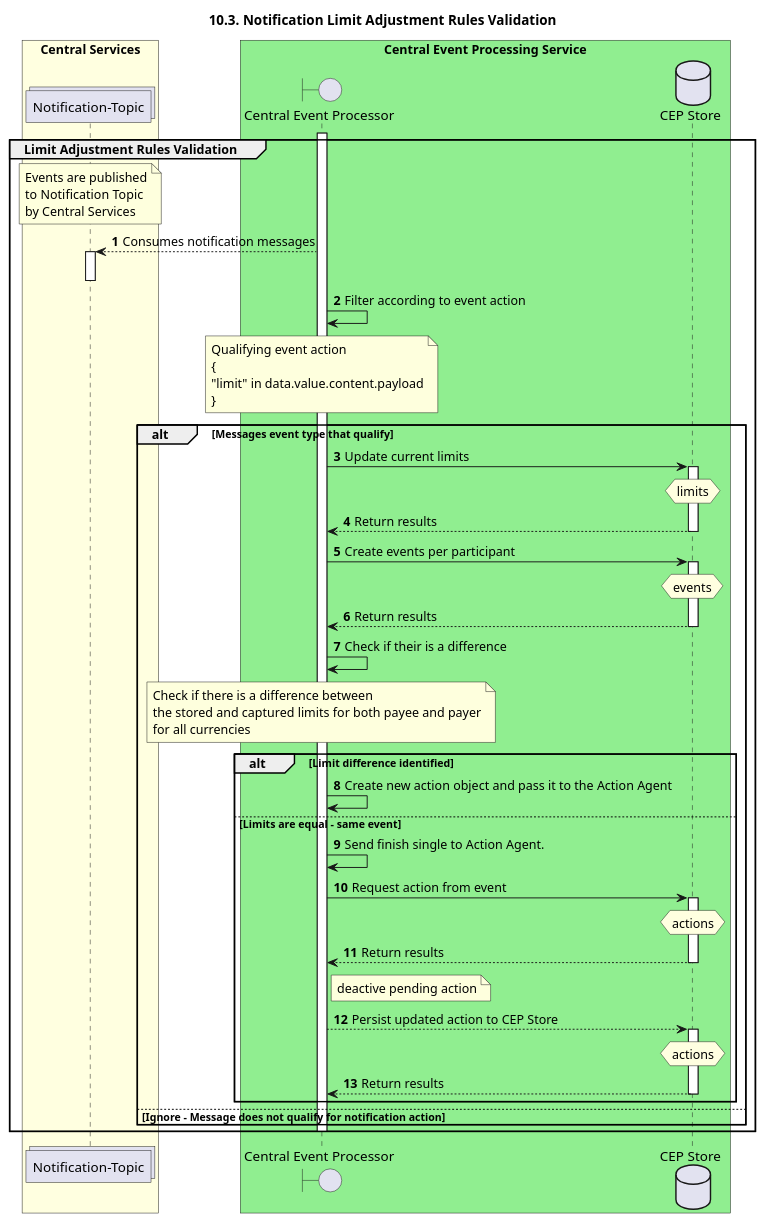
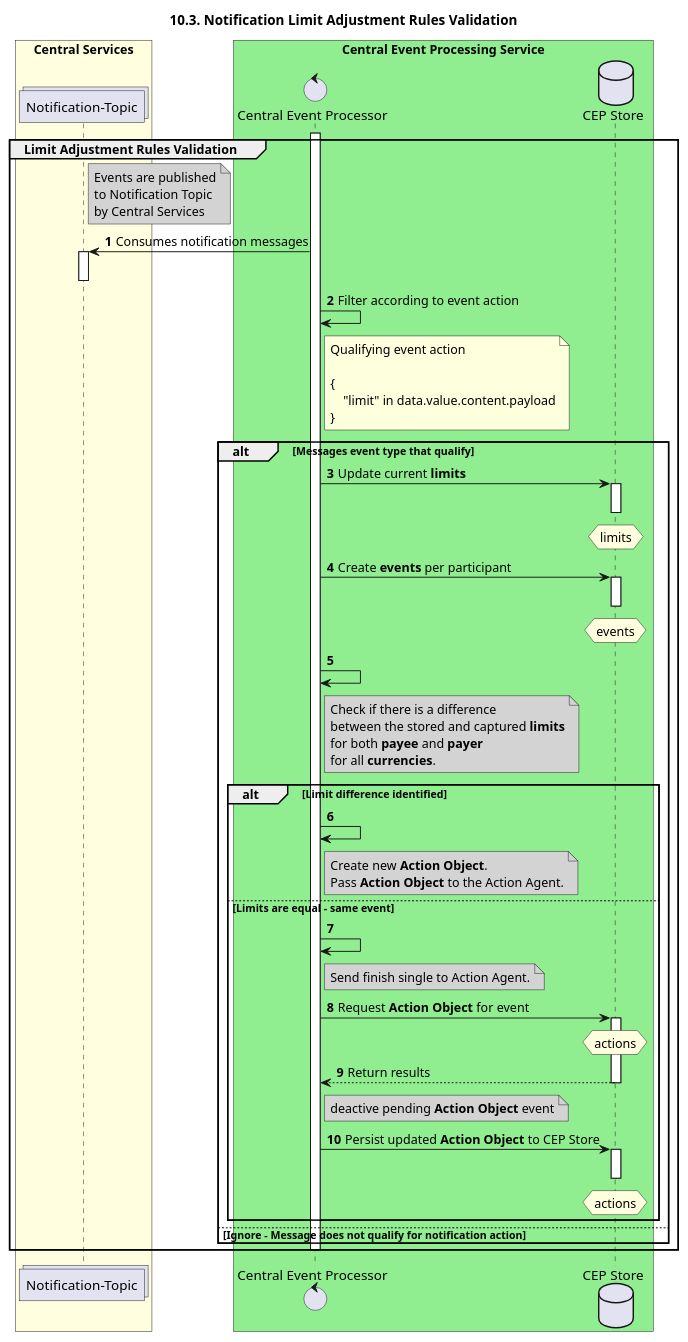
The diagram in docs/sequence_diagrams/notification-adjustmentRuleValidation.plantuml (mojaloop/central-event-processor), drawn with PlantUML before and after one commit. The commit also changed 6 other files, not shown here.

Commit message:
UML updates

```diff
--- a/docs/sequence_diagrams/notification-adjustmentRuleValidation.plantuml
+++ b/docs/sequence_diagrams/notification-adjustmentRuleValidation.plantuml
@@ -1,86 +1,92 @@
 @startuml
 ' declate title
 title 10.3. Notification Limit Adjustment Rules Validation
 autonumber
 
 ' declare actors
 collections "Notification-Topic" as TOPIC_NOTIFY
-boundary "Central Event Processor" as CEP
+control "Central Event Processor" as CEP
 database "CEP Store" as DB
 
 box "Central Services" #LightYellow
 participant TOPIC_NOTIFY
 end box
 box "Central Event Processing Service" #LightGreen
 participant CEP
 participant DB
 end box
 
 ' start flow
 Group Limit Adjustment Rules Validation
     activate CEP
-    note over TOPIC_NOTIFY
+    note right of TOPIC_NOTIFY #LightGrey
         Events are published
         to Notification Topic
         by Central Services
     end note
-    TOPIC_NOTIFY <-- CEP: Consumes notification messages
+    TOPIC_NOTIFY <- CEP: Consumes notification messages
     activate TOPIC_NOTIFY
     deactivate TOPIC_NOTIFY
     CEP -> CEP: Filter according to event action
-    note over CEP
+    note right of CEP
         Qualifying event action
+
         {
-        "limit" in data.value.content.payload
+            "limit" in data.value.content.payload
         }
     end note
 
     alt Messages event type that qualify
-        CEP -> DB: Update current limits
+        CEP -> DB: Update current **limits**
         activate DB
         hnote over DB #LightYellow
-        limits
+            limits
         end hnote
-        CEP <-- DB: Return results
         deactivate DB
-        CEP -> DB: Create events per participant
+        CEP -> DB: Create **events** per participant
         activate DB
         hnote over DB #LightYellow
-        events
+            events
         end hnote
-        CEP <-- DB: Return results
         deactivate DB
-        CEP -> CEP: Check if their is a difference
-        note over of CEP
-            Check if there is a difference between
-            the stored and captured limits for both payee and payer
-            for all currencies
+        CEP -> CEP
+        note right of CEP #LightGrey
+            Check if there is a difference
+            between the stored and captured **limits**
+            for both **payee** and **payer**
+            for all **currencies**.
         end note
 
         alt Limit difference identified
-            CEP -> CEP: Create new action object and pass it to the Action Agent
+            CEP -> CEP
+            note right of CEP #LightGrey
+                Create new **Action Object**.
+                Pass **Action Object** to the Action Agent.
+            end note
         else Limits are equal - same event
-            CEP -> CEP: Send finish single to Action Agent.
-            CEP -> DB: Request action from event
+            CEP -> CEP
+            note right of CEP #LightGrey
+                Send finish single to Action Agent.
+            end note
+            CEP -> DB: Request **Action Object** for event
             activate DB
             hnote over DB #LightYellow
                 actions
             end hnote
             CEP <-- DB: Return results
             deactivate DB
-            note right of CEP
-                deactive pending action
+            note right of CEP #lightGrey
+                deactive pending **Action Object** event
             end note
-            CEP --> DB: Persist updated action to CEP Store
+            CEP -> DB: Persist updated **Action Object** to CEP Store
             activate DB
             hnote over DB #LightYellow
                 actions
             end hnote
-            CEP <-- DB: Return results
-            deactivate DB
+           deactivate DB
         end
     else Ignore - Message does not qualify for notification action
     end
     deactivate CEP
 end
 @enduml
```
